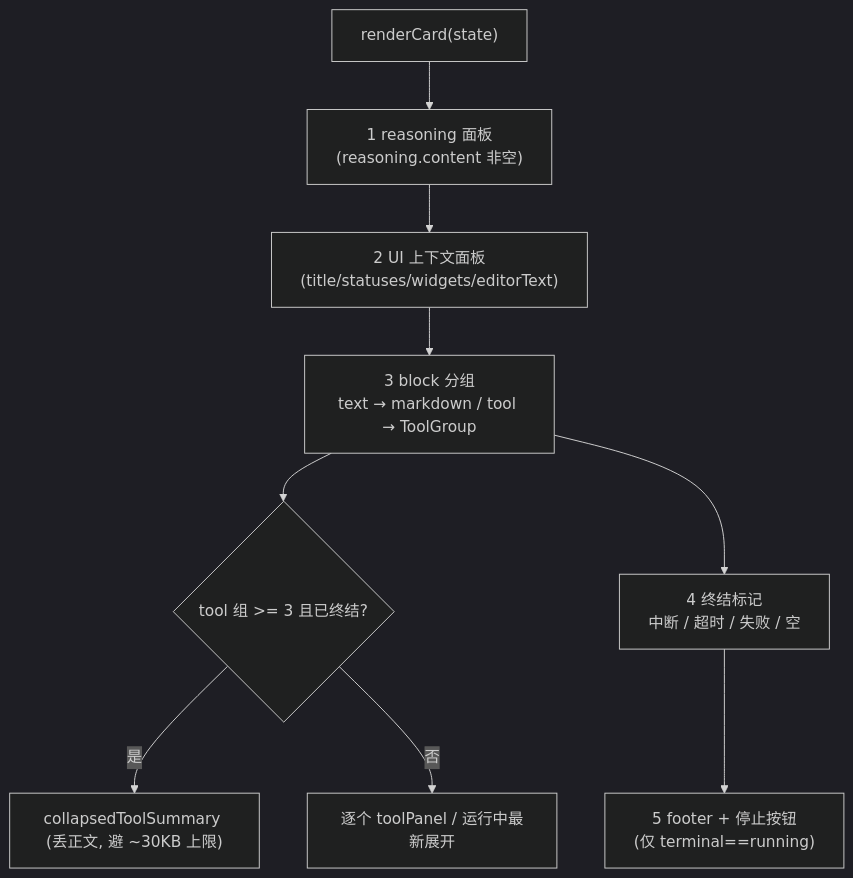
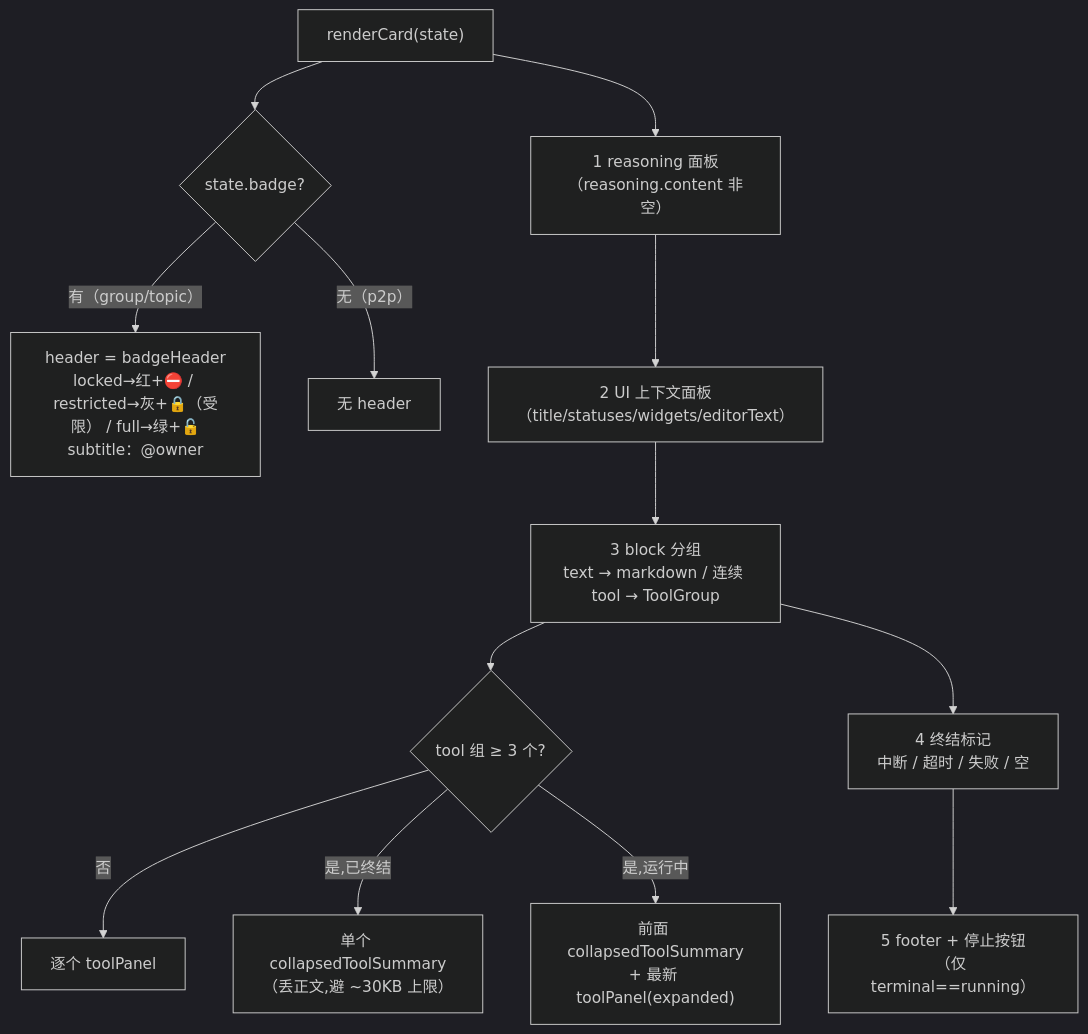
Before and after one commit to sorphwer/feishu-omp-bridge: the second of 3 diagrams in how-it-works/05-streaming-and-cards.md, drawn with Mermaid (dark theme). The commit also changed other lines of this file and 12 other files, not shown here.

````diff
--- a/how-it-works/05-streaming-and-cards.md
+++ b/how-it-works/05-streaming-and-cards.md
@@ -60,11 +106,15 @@
 ```mermaid
 flowchart TD
-  R["renderCard(state)"] --> E1["1 reasoning 面板<br/>(reasoning.content 非空)"]
-  E1 --> E2["2 UI 上下文面板<br/>(title/statuses/widgets/editorText)"]
-  E2 --> E3["3 block 分组<br/>text → markdown / tool → ToolGroup"]
-  E3 --> TG{"tool 组 >= 3 且已终结?"}
-  TG -->|是| COL["collapsedToolSummary (丢正文, 避 ~30KB 上限)"]
-  TG -->|否| EXP["逐个 toolPanel / 运行中最新展开"]
+  R["renderCard(state)"] --> HB{"state.badge?"}
+  HB -->|"有（group/topic）"| H["header = badgeHeader<br/>locked→红+⛔ / restricted→灰+🔒（受限） / full→绿+🔓<br/>subtitle：@owner"]
+  HB -->|"无（p2p）"| NH["无 header"]
+  R --> E1["1 reasoning 面板<br/>（reasoning.content 非空）"]
+  E1 --> E2["2 UI 上下文面板<br/>（title/statuses/widgets/editorText）"]
+  E2 --> E3["3 block 分组<br/>text → markdown / 连续 tool → ToolGroup"]
+  E3 --> TG{"tool 组 ≥ 3 个?"}
+  TG -->|"否"| EXP["逐个 toolPanel"]
+  TG -->|"是,已终结"| COL["单个 collapsedToolSummary<br/>（丢正文,避 ~30KB 上限）"]
+  TG -->|"是,运行中"| MIX["前面 collapsedToolSummary<br/>+ 最新 toolPanel(expanded)"]
   E3 --> E4["4 终结标记<br/>中断 / 超时 / 失败 / 空"]
-  E4 --> E5["5 footer + 停止按钮<br/>(仅 terminal==running)"]
+  E4 --> E5["5 footer + 停止按钮<br/>（仅 terminal==running）"]
 ```
````
